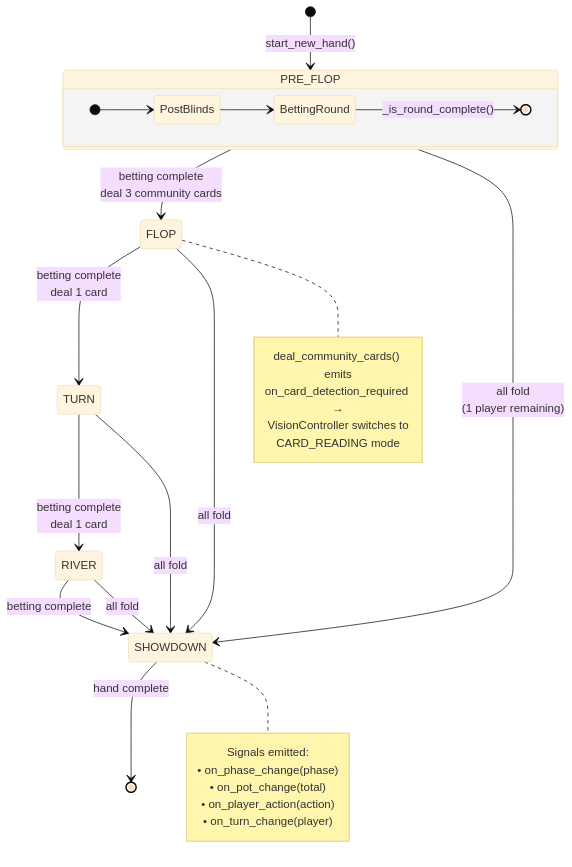
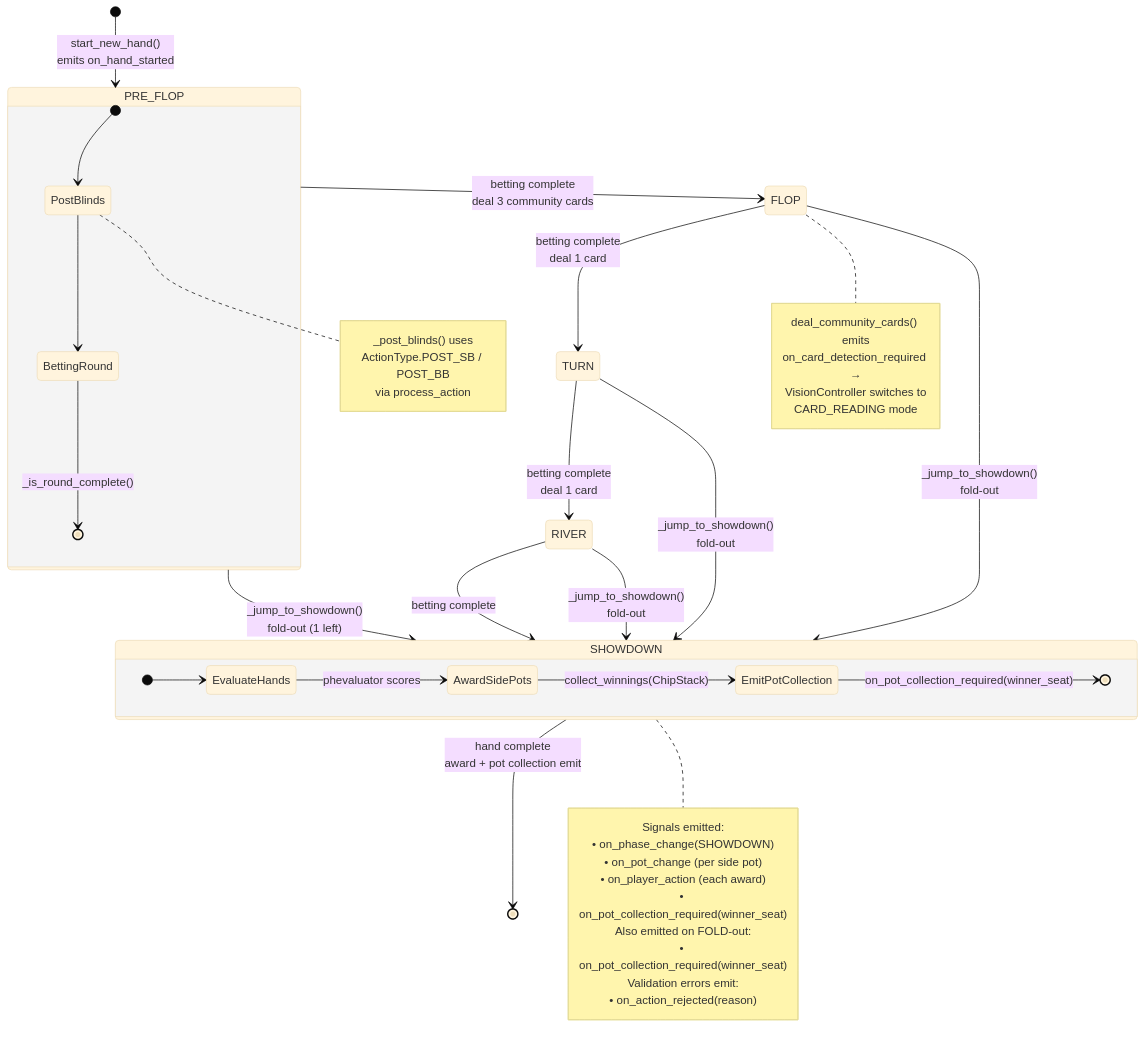
Before and after one commit to jalliet/prap-25-26: the diagram in docs/diagrams/game-state-fsm/game-state-fsm.mmd, drawn with Mermaid (base theme). The commit also changed 15 other files, not shown here.

First line of the commit message:
docs: choreographer + pump architecture in CLAUDE/README, diagrams updated

```diff
--- a/docs/diagrams/game-state-fsm/game-state-fsm.mmd
+++ b/docs/diagrams/game-state-fsm/game-state-fsm.mmd
@@ -1,36 +1,53 @@
 stateDiagram-v2
-    [*] --> PRE_FLOP: start_new_hand()
+    [*] --> PRE_FLOP: start_new_hand()<br/>emits on_hand_started
 
     PRE_FLOP --> FLOP: betting complete<br/>deal 3 community cards
     FLOP --> TURN: betting complete<br/>deal 1 card
     TURN --> RIVER: betting complete<br/>deal 1 card
     RIVER --> SHOWDOWN: betting complete
 
-    PRE_FLOP --> SHOWDOWN: all fold<br/>(1 player remaining)
-    FLOP --> SHOWDOWN: all fold
-    TURN --> SHOWDOWN: all fold
-    RIVER --> SHOWDOWN: all fold
+    PRE_FLOP --> SHOWDOWN: _jump_to_showdown()<br/>fold-out (1 left)
+    FLOP --> SHOWDOWN: _jump_to_showdown()<br/>fold-out
+    TURN --> SHOWDOWN: _jump_to_showdown()<br/>fold-out
+    RIVER --> SHOWDOWN: _jump_to_showdown()<br/>fold-out
 
-    SHOWDOWN --> [*]: hand complete
+    SHOWDOWN --> [*]: hand complete<br/>award + pot collection emit
 
     state PRE_FLOP {
         direction LR
         [*] --> PostBlinds
         PostBlinds --> BettingRound
         BettingRound --> [*]: _is_round_complete()
+        note right of PostBlinds
+            _post_blinds() uses
+            ActionType.POST_SB / POST_BB
+            via process_action
+        end note
+    }
+
+    state SHOWDOWN {
+        direction LR
+        [*] --> EvaluateHands
+        EvaluateHands --> AwardSidePots: phevaluator scores
+        AwardSidePots --> EmitPotCollection: collect_winnings(ChipStack)
+        EmitPotCollection --> [*]: on_pot_collection_required(winner_seat)
     }
 
     note right of FLOP
         deal_community_cards() emits
         on_card_detection_required →
         VisionController switches to
         CARD_READING mode
     end note
 
     note right of SHOWDOWN
         Signals emitted:
-        • on_phase_change(phase)
-        • on_pot_change(total)
-        • on_player_action(action)
-        • on_turn_change(player)
+        • on_phase_change(SHOWDOWN)
+        • on_pot_change (per side pot)
+        • on_player_action (each award)
+        • on_pot_collection_required(winner_seat)
+        Also emitted on FOLD-out:
+        • on_pot_collection_required(winner_seat)
+        Validation errors emit:
+        • on_action_rejected(reason)
     end note
```
